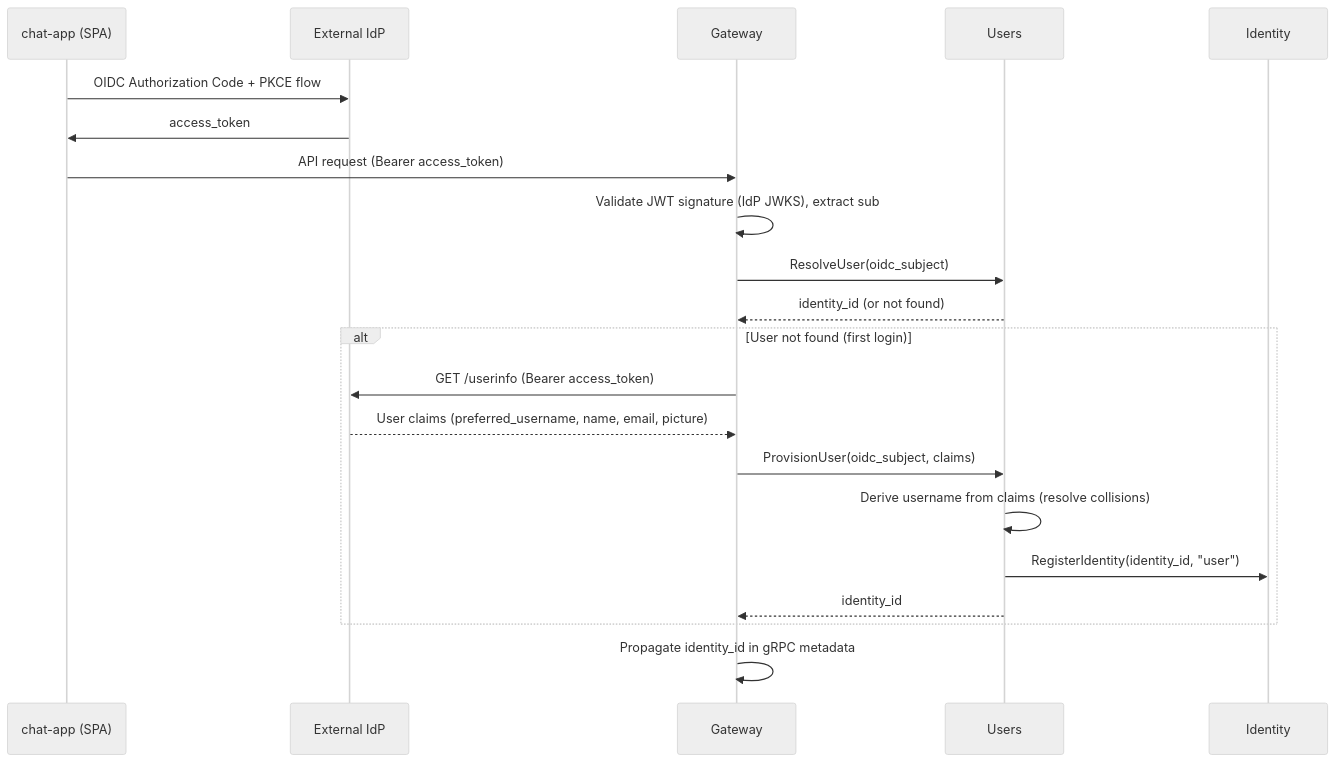
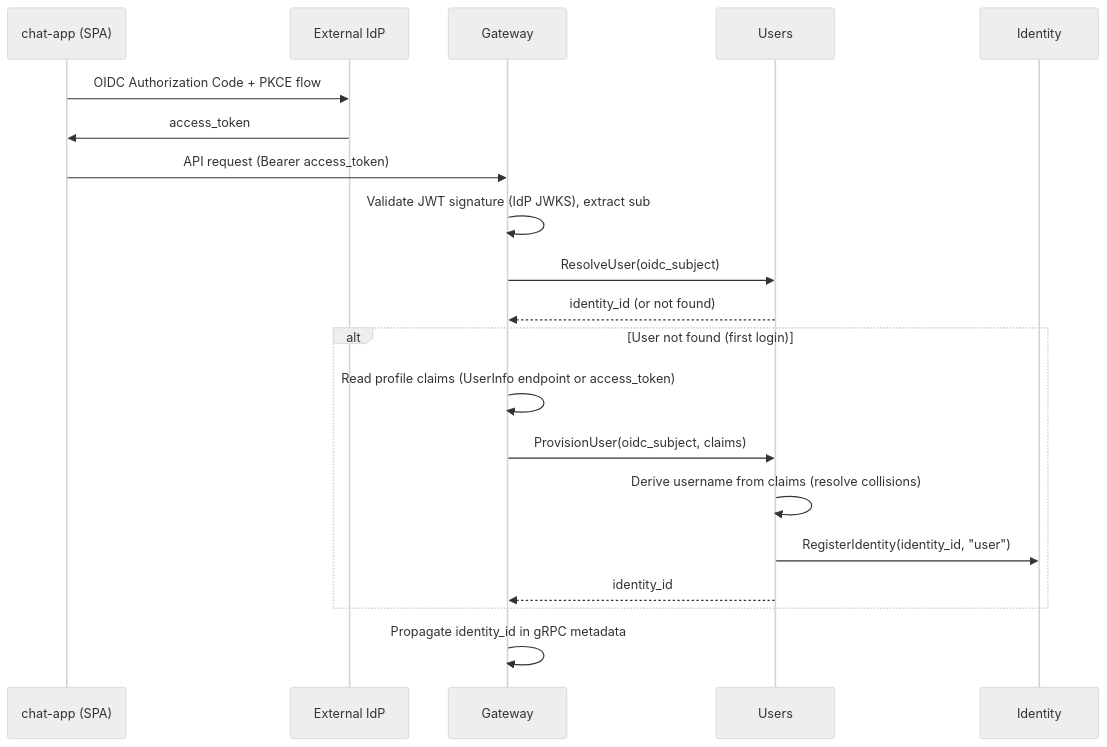
One commit to agynio/architecture changed the second of 3 diagrams in architecture/users.md. Above: the diagram before and after it, drawn with Mermaid (neutral theme). The commit also changed other lines of this file and 2 other files, not shown here.

First line of the commit message:
docs: configurable profile claim source at the gateway

````diff
--- a/architecture/users.md
+++ b/architecture/users.md
@@ -215,24 +215,23 @@
 ```mermaid
 sequenceDiagram
     participant App as chat-app (SPA)
     participant IdP as External IdP
     participant GW as Gateway
     participant US as Users
     participant IS as Identity
 
     App->>IdP: OIDC Authorization Code + PKCE flow
     IdP->>App: access_token
     App->>GW: API request (Bearer access_token)
     GW->>GW: Validate JWT signature (IdP JWKS), extract sub
     GW->>US: ResolveUser(oidc_subject)
     US-->>GW: identity_id (or not found)
     alt User not found (first login)
-        GW->>IdP: GET /userinfo (Bearer access_token)
-        IdP-->>GW: User claims (preferred_username, name, email, picture)
+        GW->>GW: Read profile claims (UserInfo endpoint or access_token)
         GW->>US: ProvisionUser(oidc_subject, claims)
         US->>US: Derive username from claims (resolve collisions)
         US->>IS: RegisterIdentity(identity_id, "user")
         US-->>GW: identity_id
     end
     GW->>GW: Propagate identity_id in gRPC metadata
 ```
````
